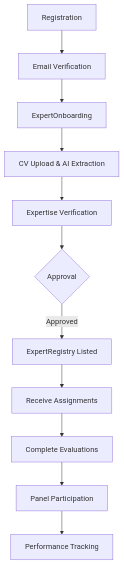
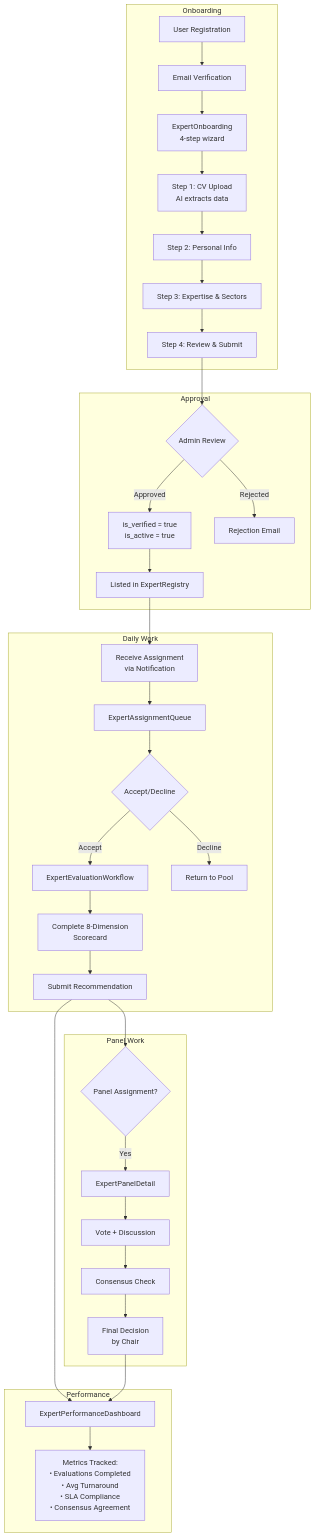
One commit to Qahtani1979/innovate-saudi changed the first of 2 diagrams in docs/personas/EXPERT_PERSONA.md. Above: the diagram before and after it, drawn with Mermaid. The commit also changed other lines of this file, not shown here.

````diff
--- a/docs/personas/EXPERT_PERSONA.md
+++ b/docs/personas/EXPERT_PERSONA.md
@@ -19,13 +62,42 @@
 ```mermaid
 graph TD
-    A[Registration] --> B[Email Verification]
-    B --> C[ExpertOnboarding]
-    C --> D[CV Upload & AI Extraction]
-    D --> E[Expertise Verification]
-    E --> F{Approval}
-    F -->|Approved| G[ExpertRegistry Listed]
-    G --> H[Receive Assignments]
-    H --> I[Complete Evaluations]
-    I --> J[Panel Participation]
-    J --> K[Performance Tracking]
+    subgraph Onboarding
+        A[User Registration] --> B[Email Verification]
+        B --> C[ExpertOnboarding<br/>4-step wizard]
+        C --> D[Step 1: CV Upload<br/>AI extracts data]
+        D --> E[Step 2: Personal Info]
+        E --> F[Step 3: Expertise & Sectors]
+        F --> G[Step 4: Review & Submit]
+    end
+
+    subgraph Approval
+        G --> H{Admin Review}
+        H -->|Approved| I[is_verified = true<br/>is_active = true]
+        H -->|Rejected| J[Rejection Email]
+        I --> K[Listed in ExpertRegistry]
+    end
+
+    subgraph Daily Work
+        K --> L[Receive Assignment<br/>via Notification]
+        L --> M[ExpertAssignmentQueue]
+        M --> N{Accept/Decline}
+        N -->|Accept| O[ExpertEvaluationWorkflow]
+        N -->|Decline| P[Return to Pool]
+        O --> Q[Complete 8-Dimension<br/>Scorecard]
+        Q --> R[Submit Recommendation]
+    end
+
+    subgraph Panel Work
+        R --> S{Panel Assignment?}
+        S -->|Yes| T[ExpertPanelDetail]
+        T --> U[Vote + Discussion]
+        U --> V[Consensus Check]
+        V --> W[Final Decision<br/>by Chair]
+    end
+
+    subgraph Performance
+        R --> X[ExpertPerformanceDashboard]
+        W --> X
+        X --> Y[Metrics Tracked:<br/>• Evaluations Completed<br/>• Avg Turnaround<br/>• SLA Compliance<br/>• Consensus Agreement]
+    end
 ```
````
